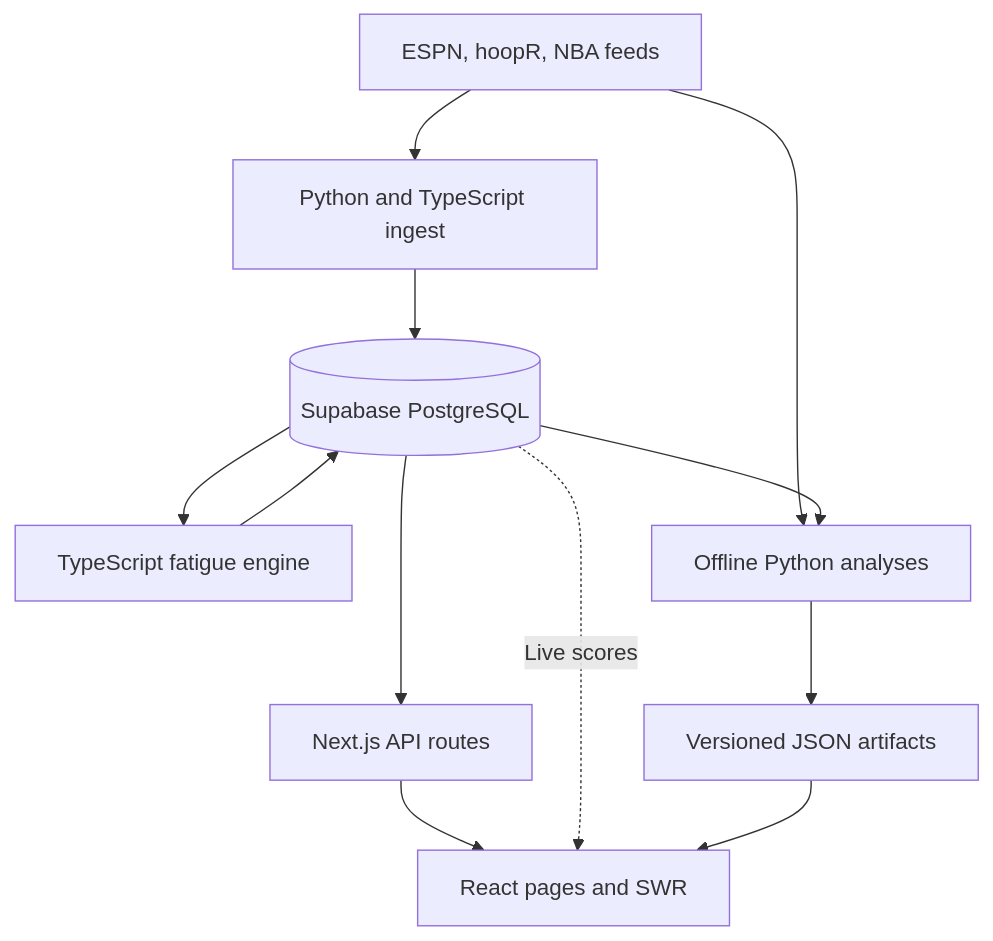
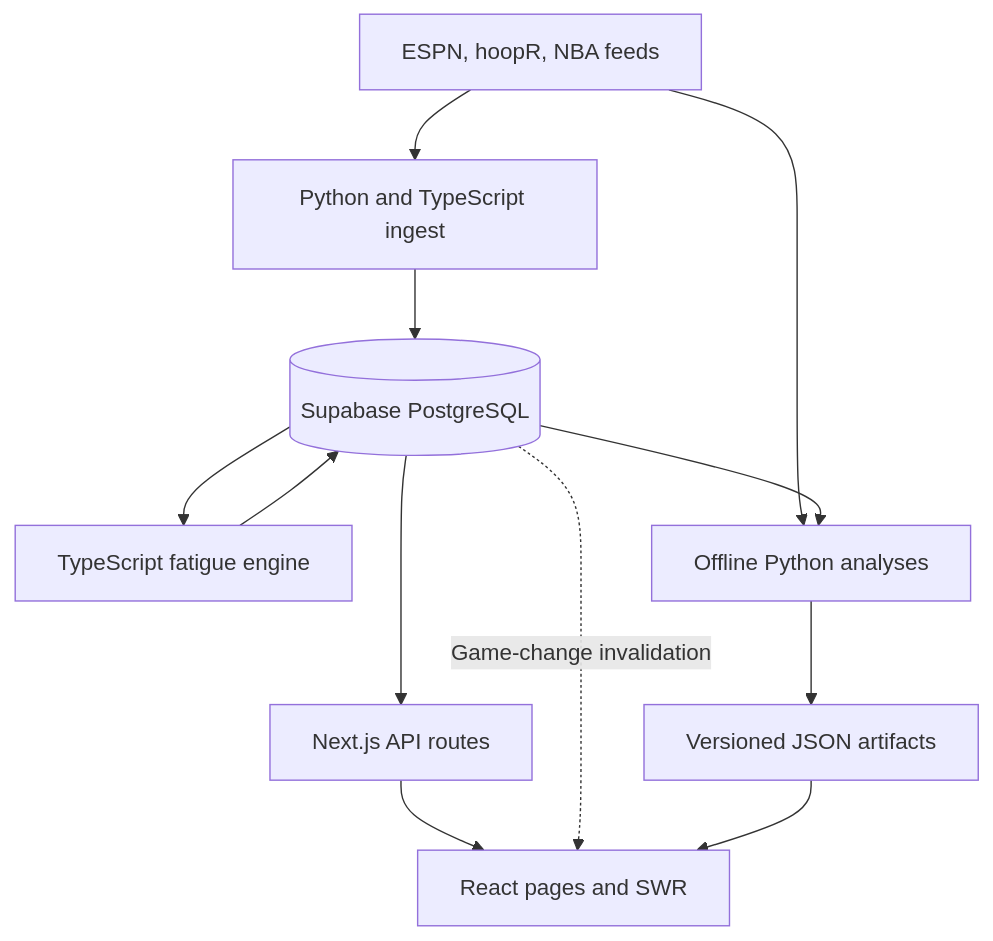
Before and after one commit to mhju0/fullcourt: the diagram in docs/ARCHITECTURE.md, drawn with Mermaid. The commit also changed other lines of this file and 8 other files, not shown here.

````diff
--- a/docs/ARCHITECTURE.md
+++ b/docs/ARCHITECTURE.md
@@ -8,14 +8,14 @@
 ```mermaid
 flowchart TD
   feeds[ESPN, hoopR, NBA feeds] --> ingest[Python and TypeScript ingest]
   ingest --> db[(Supabase PostgreSQL)]
   db --> model[TypeScript fatigue engine]
   model --> db
   db --> routes[Next.js API routes]
   routes --> pages[React pages and SWR]
-  db -. Live scores .-> pages
+  db -. Game-change invalidation .-> pages
   feeds --> research[Offline Python analyses]
   db --> research
   research --> artifacts[Versioned JSON artifacts]
   artifacts --> pages
 ```
````
